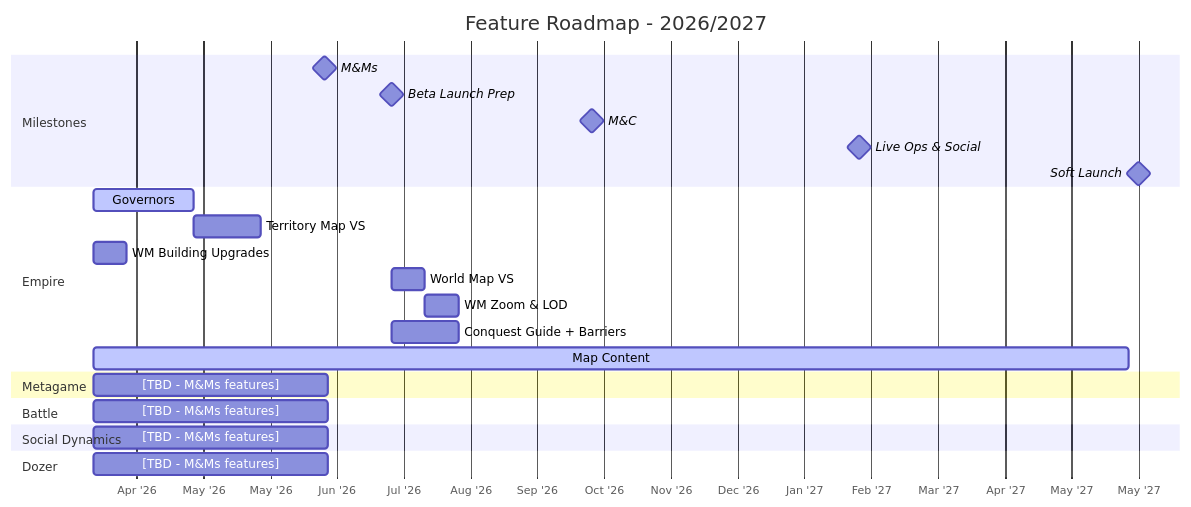
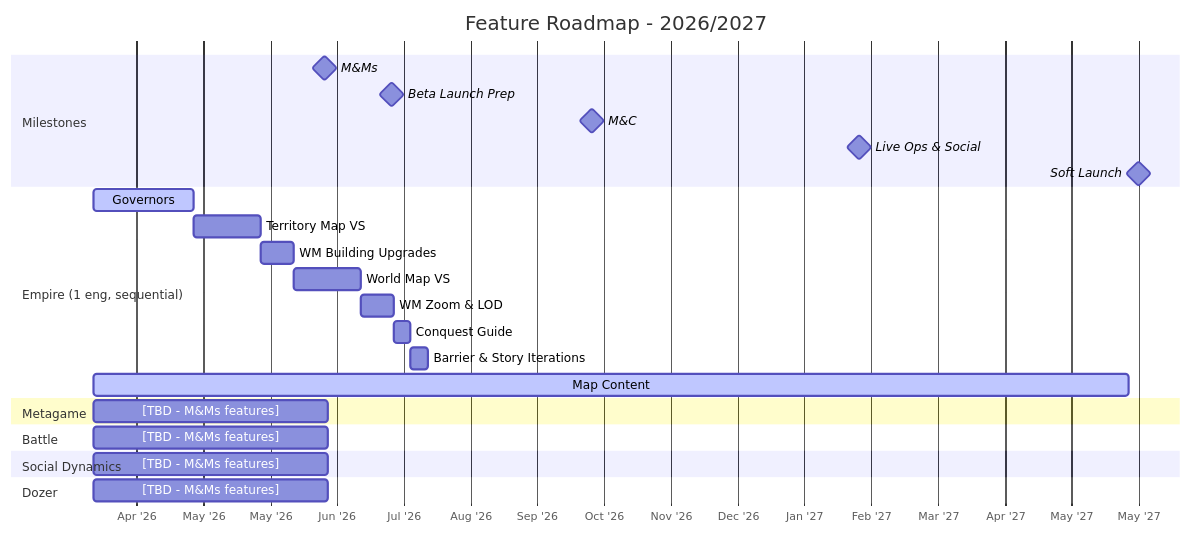
Before and after one commit to timwilliams-prod/proj-chimera-documentation-brain: the diagram in roadmap.md, drawn with Mermaid. The commit also changed 1 other file, not shown here.

Commit message:
update empire plan again

````diff
--- a/roadmap.md
+++ b/roadmap.md
@@ -39,35 +39,36 @@
 ```mermaid
 gantt
     title Feature Roadmap - 2026/2027
     dateFormat YYYY-MM-DD
     axisFormat %b '%y
     tickInterval 4week
 
     section Milestones
     M&Ms                      :milestone, ms1, 2026-06-23, 0d
     Beta Launch Prep          :milestone, ms2, 2026-07-21, 0d
     M&C                       :milestone, ms3, 2026-10-13, 0d
     Live Ops & Social         :milestone, ms4, 2027-02-02, 0d
     Soft Launch               :milestone, ms5, 2027-05-30, 0d
 
-    section Empire
+    section Empire (1 eng, sequential)
     Governors                 :active,  emp1, 2026-03-18, 42d
     Territory Map VS          :         emp2, after emp1, 28d
-    WM Building Upgrades      :         emp3, 2026-03-18, 14d
-    World Map VS              :         emp4, 2026-07-21, 14d
+    WM Building Upgrades      :         emp3, after emp2, 14d
+    World Map VS              :         emp4, after emp3, 28d
     WM Zoom & LOD             :         emp5, after emp4, 14d
-    Conquest Guide + Barriers :         emp6, 2026-07-21, 28d
+    Conquest Guide             :        emp6, after emp5, 7d
+    Barrier & Story Iterations :        emp7, after emp6, 7d
     Map Content               :active,  emp_content, 2026-03-18, 434d
 
     section Metagame
     [TBD - M&Ms features]    :         meta1, 2026-03-18, 98d
 
     section Battle
     [TBD - M&Ms features]    :         bat1, 2026-03-18, 98d
 
     section Social Dynamics
     [TBD - M&Ms features]    :         soc1, 2026-03-18, 98d
 
     section Dozer
     [TBD - M&Ms features]    :         doz1, 2026-03-18, 98d
 ```
````
